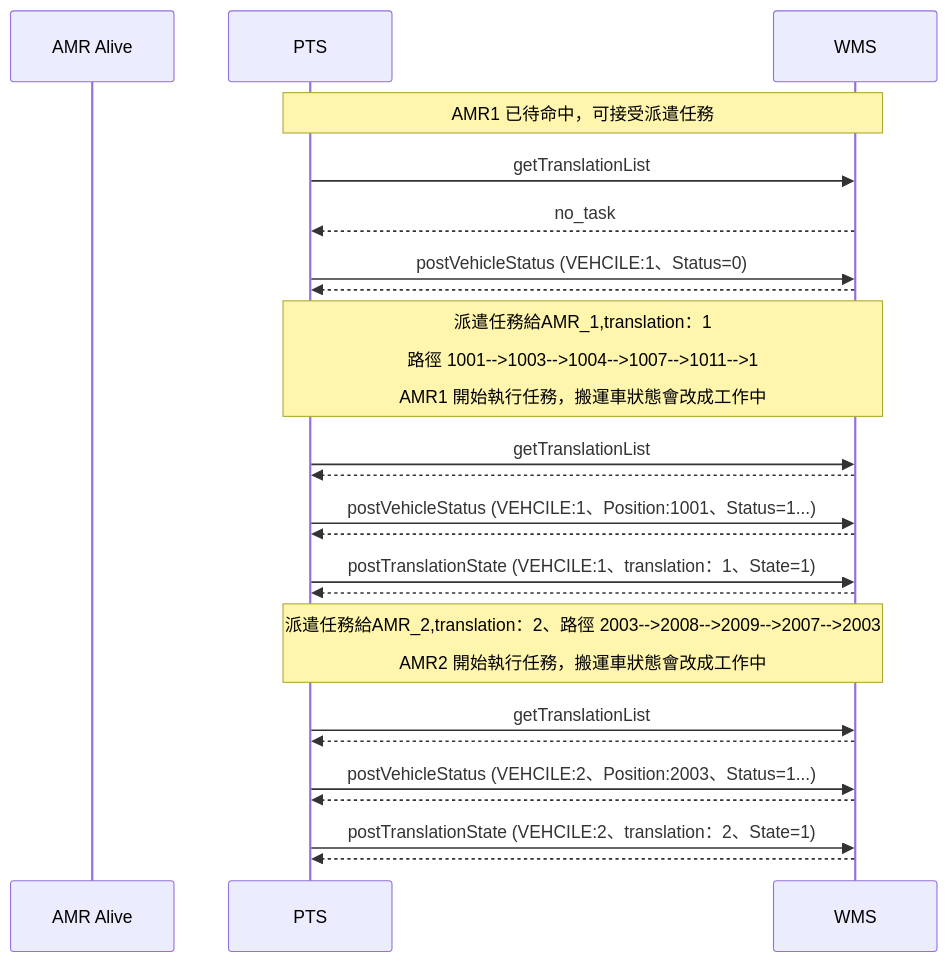
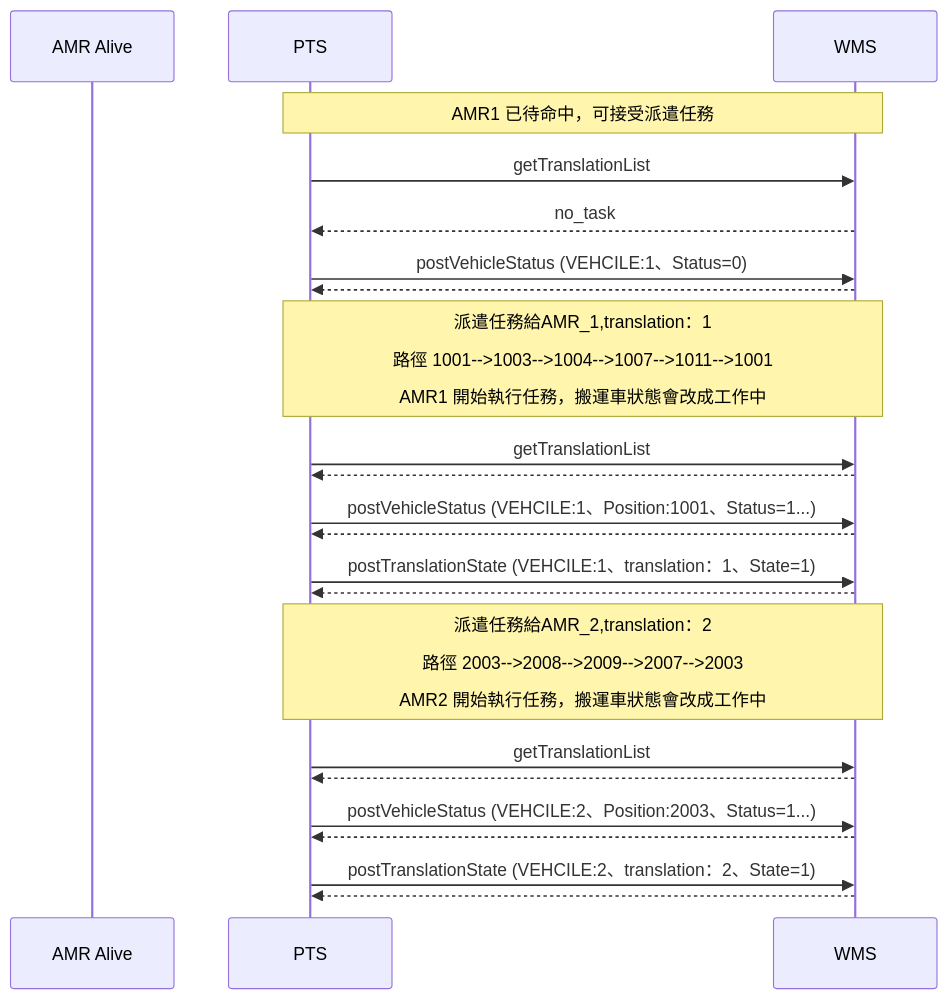
One commit to athena-tircgo/amr-wms-lsj changed the sixth of 7 diagrams in README.md. Above: the diagram before and after it, drawn with Mermaid. The commit also changed other lines of this file, not shown here.

````diff
--- a/README.md
+++ b/README.md
@@ -340,30 +340,30 @@
 ```mermaid
 sequenceDiagram
     participant AMR Alive
     participant PTS
     participant WMS
 
 note over PTS,WMS: AMR1 已待命中，可接受派遣任務
         PTS->>WMS: getTranslationList
         WMS-->>PTS: no_task
         PTS->>WMS: postVehicleStatus (VEHCILE:1、Status=0)
         WMS-->>PTS:
         
-note over PTS,WMS: 派遣任務給AMR_1,translation：1<br><br>路徑 1001-->1003-->1004-->1007-->1011-->1<br><br>AMR1 開始執行任務，搬運車狀態會改成工作中
+note over PTS,WMS: 派遣任務給AMR_1,translation：1<br><br>路徑 1001-->1003-->1004-->1007-->1011-->1001<br><br>AMR1 開始執行任務，搬運車狀態會改成工作中
      PTS->>WMS: getTranslationList
      WMS-->>PTS:
      PTS->>WMS: postVehicleStatus (VEHCILE:1、Position:1001、Status=1...)
      WMS-->>PTS:
      PTS->>WMS: postTranslationState (VEHCILE:1、translation：1、State=1)
      WMS-->>PTS:
 
 
-note over PTS,WMS: 派遣任務給AMR_2,translation：2、路徑 2003-->2008-->2009-->2007-->2003<br><br>AMR2 開始執行任務，搬運車狀態會改成工作中
+note over PTS,WMS: 派遣任務給AMR_2,translation：2<br><br>路徑 2003-->2008-->2009-->2007-->2003<br><br>AMR2 開始執行任務，搬運車狀態會改成工作中
      PTS->>WMS: getTranslationList
      WMS-->>PTS:
      PTS->>WMS: postVehicleStatus (VEHCILE:2、Position:2003、Status=1...)
      WMS-->>PTS:
      PTS->>WMS: postTranslationState (VEHCILE:2、translation：2、State=1)
      WMS-->>PTS:
 
 ```
````
